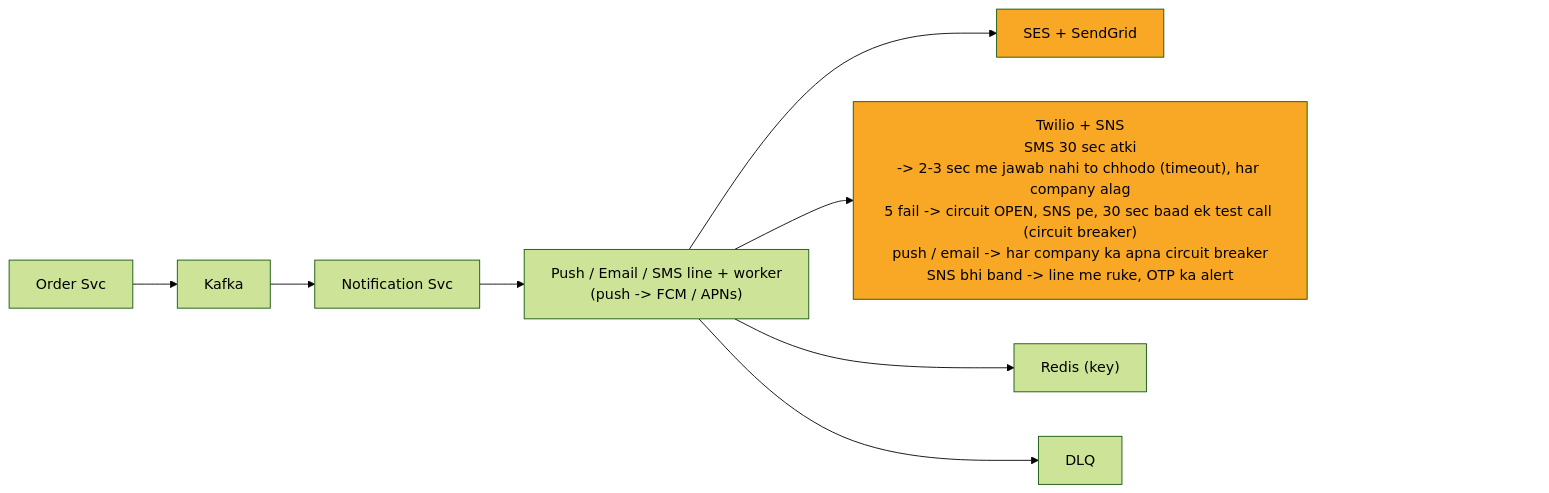
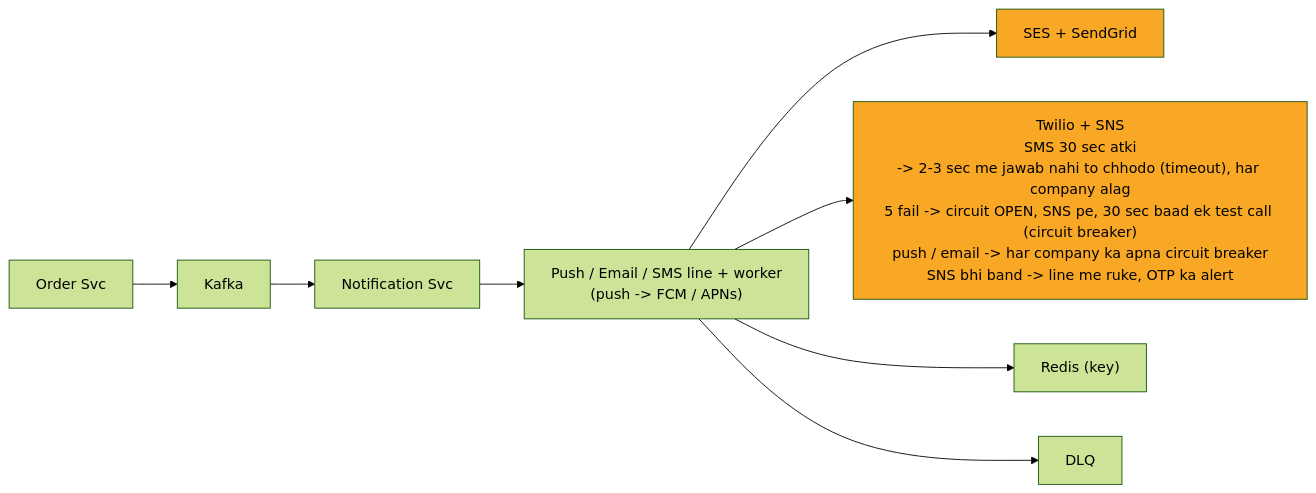
Before and after one commit to ArpanMaheshwari144/Prep: the seventh of 13 diagrams in 04_HLD/SYSTEM_DESIGNS/04_notification_system/04_notification_system.md, drawn with Mermaid (forest theme). The commit also changed other lines of this file and 182 other files, not shown here.

Commit message:
hld 14 file: har diagram mermaid-cli se SVG image (source details me), n_pad hataya, render tool 04_HLD/tools

````diff
--- a/04_HLD/SYSTEM_DESIGNS/04_notification_system/04_notification_system.md
+++ b/04_HLD/SYSTEM_DESIGNS/04_notification_system/04_notification_system.md
@@ -312,24 +340,21 @@
 ```mermaid
 %%{init: {"flowchart": {"wrappingWidth": 450}}}%%
 flowchart LR
     n_Order_Svc["Order Svc"]
     n_Kafka["Kafka"]
     n_Notification_Svc["Notification Svc"]
     n_LINES["Push / Email / SMS line + worker<br/>(push -> FCM / APNs)"]
     n_SES["SES + SendGrid"]
     n_Twilio["Twilio + SNS<br/>SMS 30 sec atki<br/>-> 2-3 sec me jawab nahi to chhodo (timeout), har company alag<br/>5 fail -> circuit OPEN, SNS pe, 30 sec baad ek test call (circuit breaker)<br/>push / email -> har company ka apna circuit breaker<br/>SNS bhi band -> line me ruke, OTP ka alert"]
     n_Redis["Redis (key)"]
     n_DLQ["DLQ"]
     n_Order_Svc --> n_Kafka
     n_Kafka --> n_Notification_Svc
     n_Notification_Svc --> n_LINES
     n_LINES --> n_SES
     n_LINES --> n_Twilio
     n_LINES --> n_Redis
     n_LINES --> n_DLQ
-    n_pad["xxxxxxxxxxxxxxxx"]
-    n_Twilio ~~~ n_pad
     style n_SES fill:#f9a825,color:#000
     style n_Twilio fill:#f9a825,color:#000
-    style n_pad fill:none,stroke:none,color:#ffffff00
 ```
````
